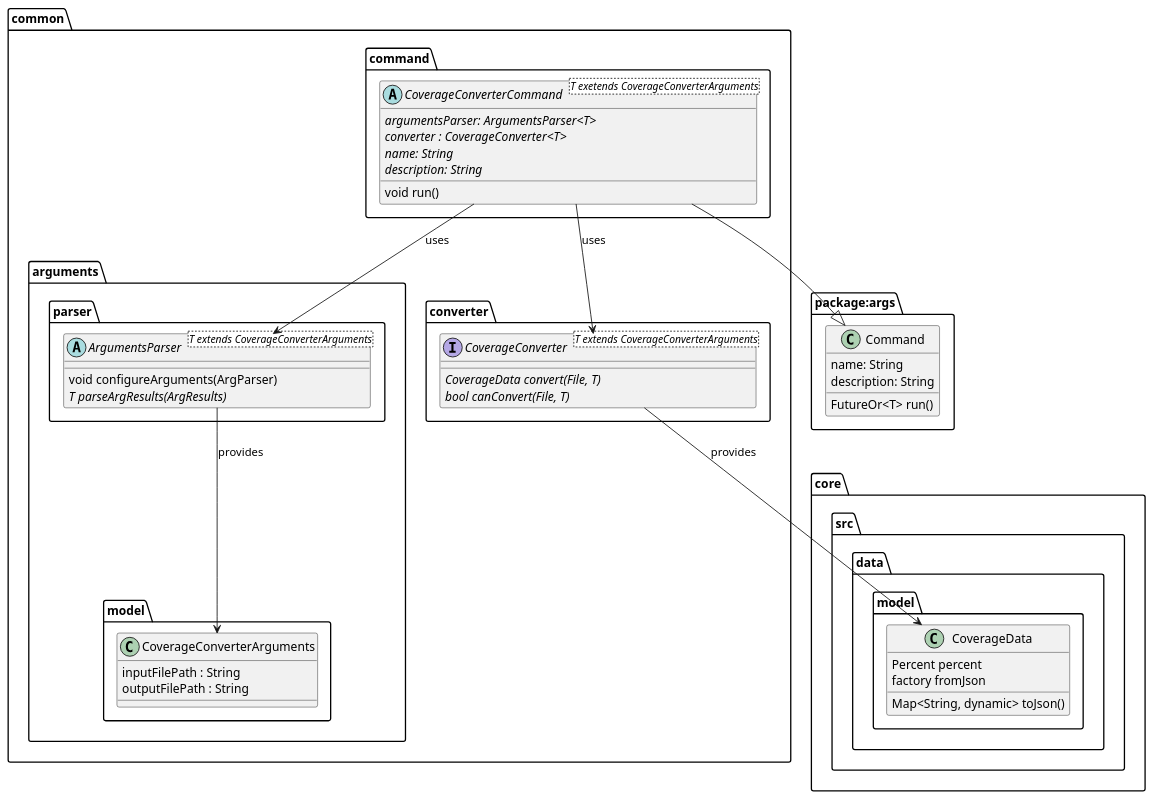
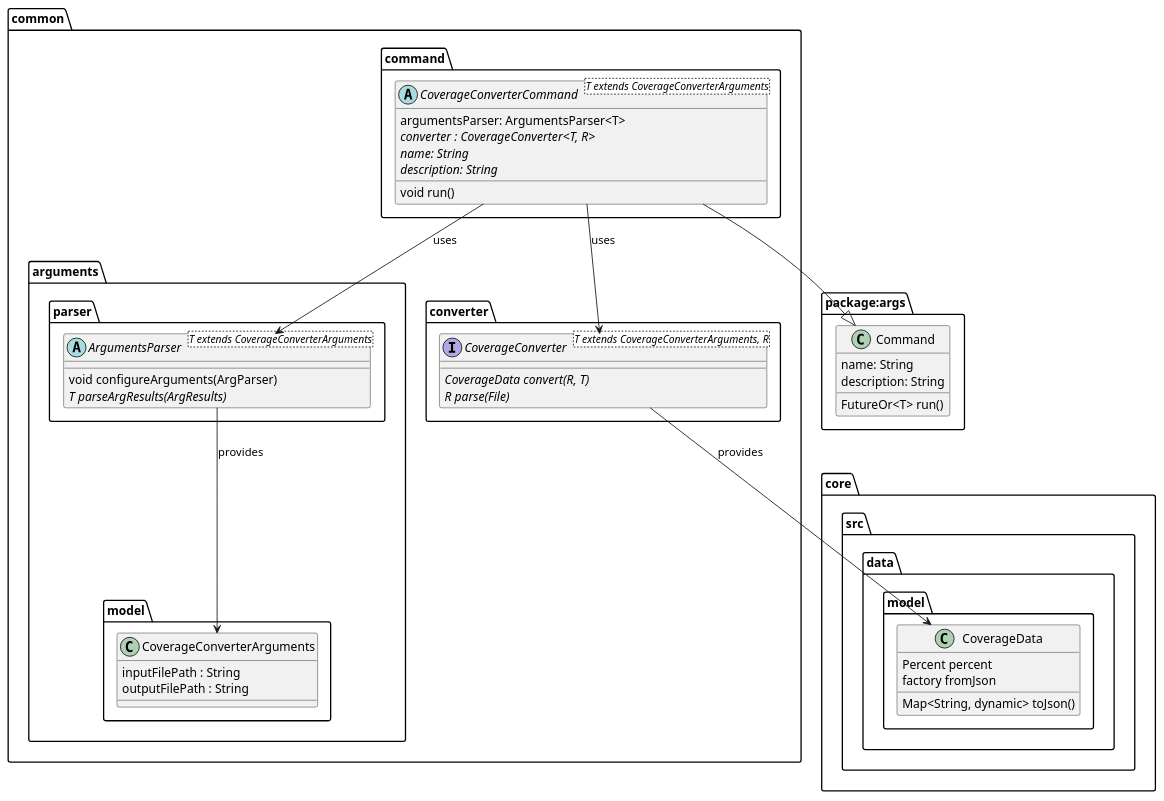
The diagram in metrics/coverage_converter/docs/diagrams/coverage_interfaces_diagram.puml (Flank/flank-dashboard), drawn with PlantUML before and after one commit. The commit also changed 5 other files, not shown here.

First line of the commit message:
docs: CoverageConverter design improvement (#759)

```diff
--- a/metrics/coverage_converter/docs/diagrams/coverage_interfaces_diagram.puml
+++ b/metrics/coverage_converter/docs/diagrams/coverage_interfaces_diagram.puml
@@ -1,63 +1,63 @@
 @startuml coverage_interfaces_diagram.puml
 
 package package:args {
     class Command {
         name: String
         description: String
         FutureOr<T> run()
     }
 }
 
 
 package core.src.data.model {
     class CoverageData {
         Percent percent
         Map<String, dynamic> toJson()
         factory fromJson
     }
 }
 
 
 package common {
     package arguments {
         package model {
             class CoverageConverterArguments {
                 inputFilePath : String
                 outputFilePath : String
             }
         }
 
         package parser {
             abstract ArgumentsParser<T extends CoverageConverterArguments> {
                 void configureArguments(ArgParser)
                 {abstract} T parseArgResults(ArgResults)
             }
         }
     }
 
 
     package command {
-        abstract CoverageConverterCommand<T exetends CoverageConverterArguments> {
-            {abstract} argumentsParser: ArgumentsParser<T>
-            {abstract} converter : CoverageConverter<T>
+        abstract CoverageConverterCommand<T extends CoverageConverterArguments> {
+            argumentsParser: ArgumentsParser<T>
+            {abstract} converter : CoverageConverter<T, R>
             {abstract} name: String
             {abstract} description: String
             void run()
         }
     }
 
     package converter {
-        interface CoverageConverter<T extends CoverageConverterArguments> {
-            {abstract} CoverageData convert(File, T)
-            {abstract} bool canConvert(File, T)
+        interface CoverageConverter<T extends CoverageConverterArguments, R> {
+            {abstract} CoverageData convert(R, T)
+            {abstract} R parse(File)
         }
     }
 }
 
 CoverageConverterCommand --|> Command
 CoverageConverter --> CoverageData : provides
 CoverageConverterCommand --> CoverageConverter : uses
 CoverageConverterCommand --> ArgumentsParser : uses
 ArgumentsParser --> CoverageConverterArguments : provides
 
 @enduml
```
